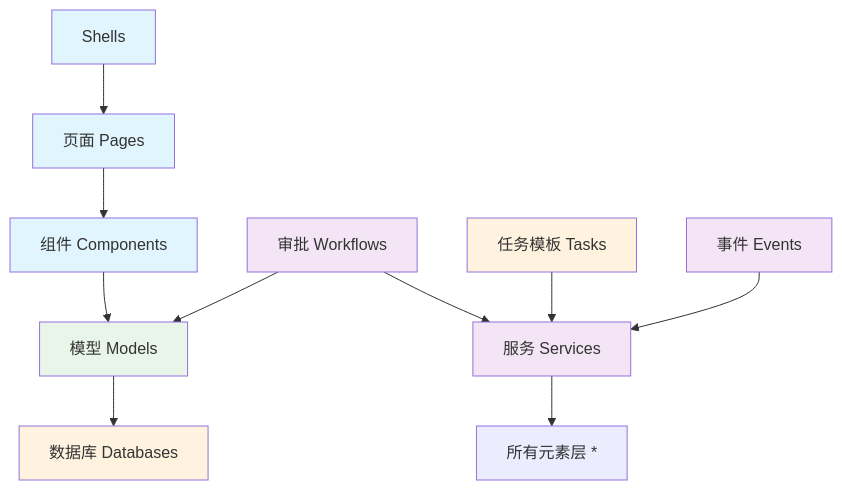
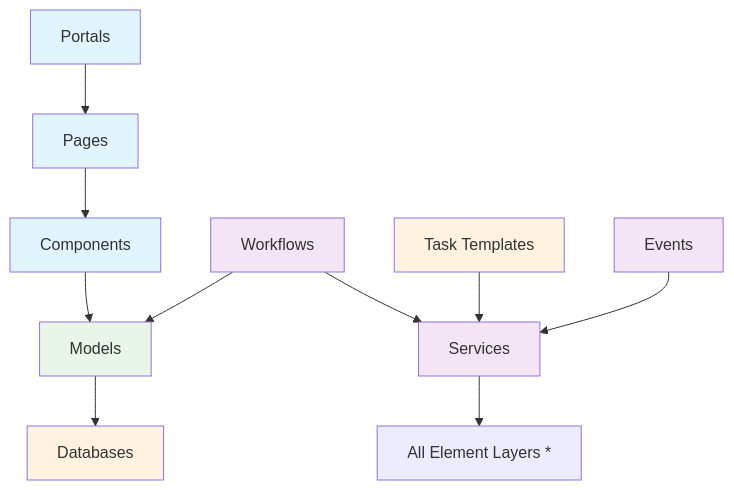
One commit to jitai-team/jitai-docs changed the diagram in docs/reference/framework/index.md. Above: the diagram before and after it, drawn with Mermaid. The commit also changed other lines of this file and 220 other files, not shown here.

````diff
--- a/docs/reference/framework/index.md
+++ b/docs/reference/framework/index.md
@@ -52,22 +52,22 @@
 ```mermaid
 graph TD
-    A[Shells] --> B[页面 Pages]
-    B --> C[组件 Components]
-    C --> D[模型 Models]
-    E[服务 Services] --> F[所有元素层 *]
-    D --> G[数据库 Databases]
-    H[审批 Workflows] --> D
+    A[Portals] --> B[Pages]
+    B --> C[Components]
+    C --> D[Models]
+    E[Services] --> F[All Element Layers *]
+    D --> G[Databases]
+    H[Workflows] --> D
     H --> E
-    I[任务模板 Tasks] --> E
-    J[事件 Events] --> E
+    I[Task Templates] --> E
+    J[Events] --> E
     
     classDef userInterface fill:#e1f5fe
     classDef businessLogic fill:#f3e5f5
     classDef dataLayer fill:#e8f5e8
     classDef infrastructure fill:#fff3e0
     
     class A,B,C userInterface
     class E,H,J businessLogic
     class D dataLayer
     class G,I infrastructure
 ```
````
